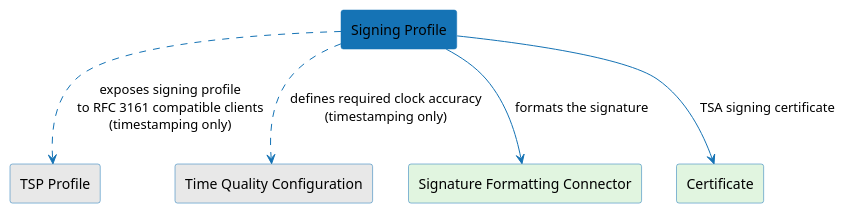
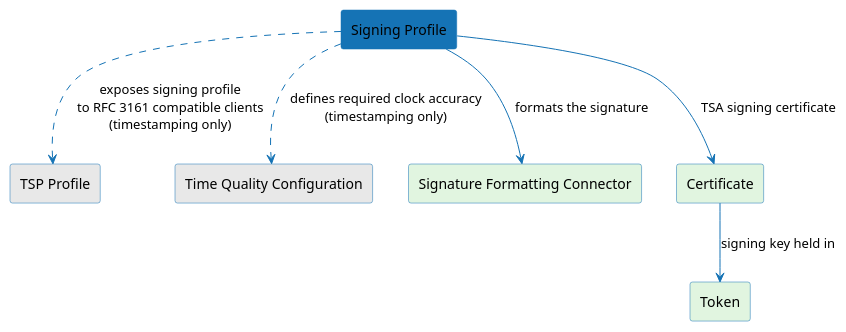
Before and after one commit to CZERTAINLY/CZERTAINLY-Documentation: the diagram in docs/signing/signing-profile.md, drawn with PlantUML. The commit also changed other lines of this file and 6 other files, not shown here.

````diff
--- a/docs/signing/signing-profile.md
+++ b/docs/signing/signing-profile.md
@@ -15,24 +15,26 @@
 ```plantuml
 @startuml
 
 skinparam ArrowColor #1573B5
 skinparam RectangleBorderColor #1573B5
 skinparam RectangleBackgroundColor #E1F5E0
 skinparam NoteBackgroundColor #F7F7F7
 skinparam defaultFontName sans-serif
 skinparam componentStyle rectangle
 hide empty members
 
 rectangle "Signing Profile" #1573B5
 rectangle "TSP Profile" #E8E8E8
 rectangle "Time Quality Configuration" #E8E8E8
 rectangle "Signature Formatting Connector"
 rectangle "Certificate"
+rectangle "Token"
 
 "Signing Profile" -[dashed]-> "TSP Profile" : exposes signing profile\nto RFC 3161 compatible clients\n(timestamping only)
 "Signing Profile" -[dashed]-> "Time Quality Configuration" : defines required clock accuracy\n(timestamping only)
 "Signing Profile" --> "Signature Formatting Connector" : formats the signature
 "Signing Profile" --> "Certificate" : TSA signing certificate
+"Certificate" --> "Token" : signing key held in
 
 @enduml
 ```
````
